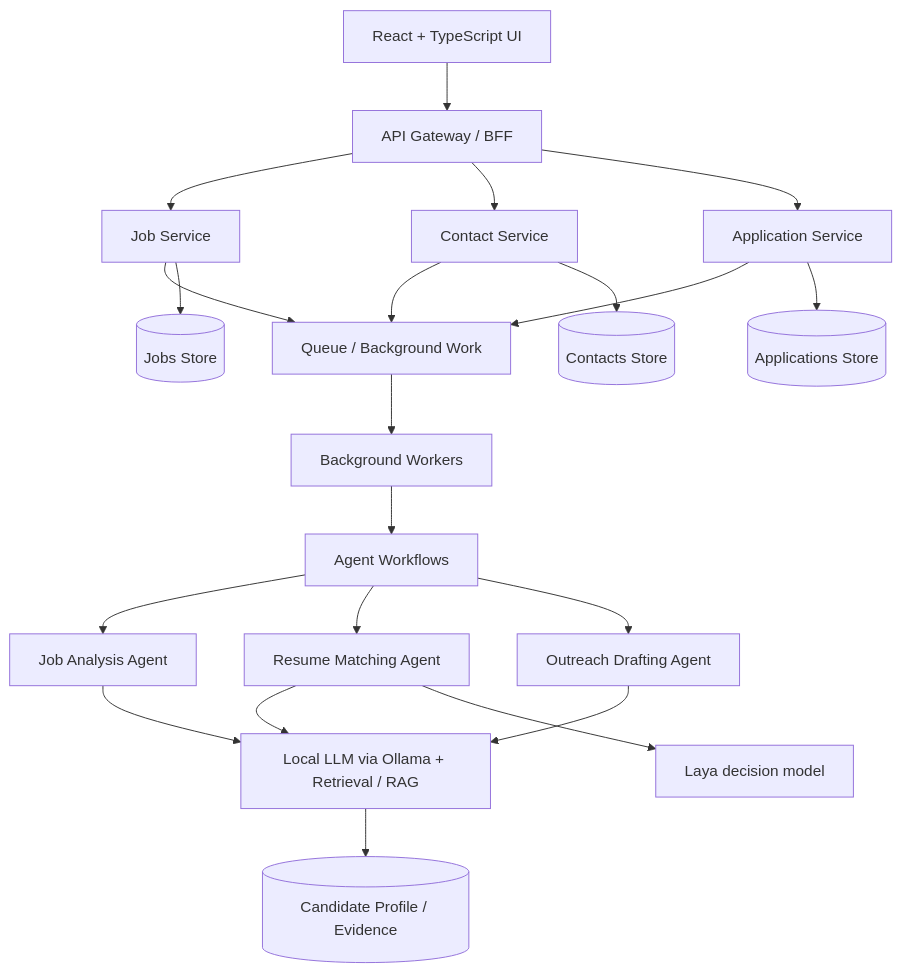
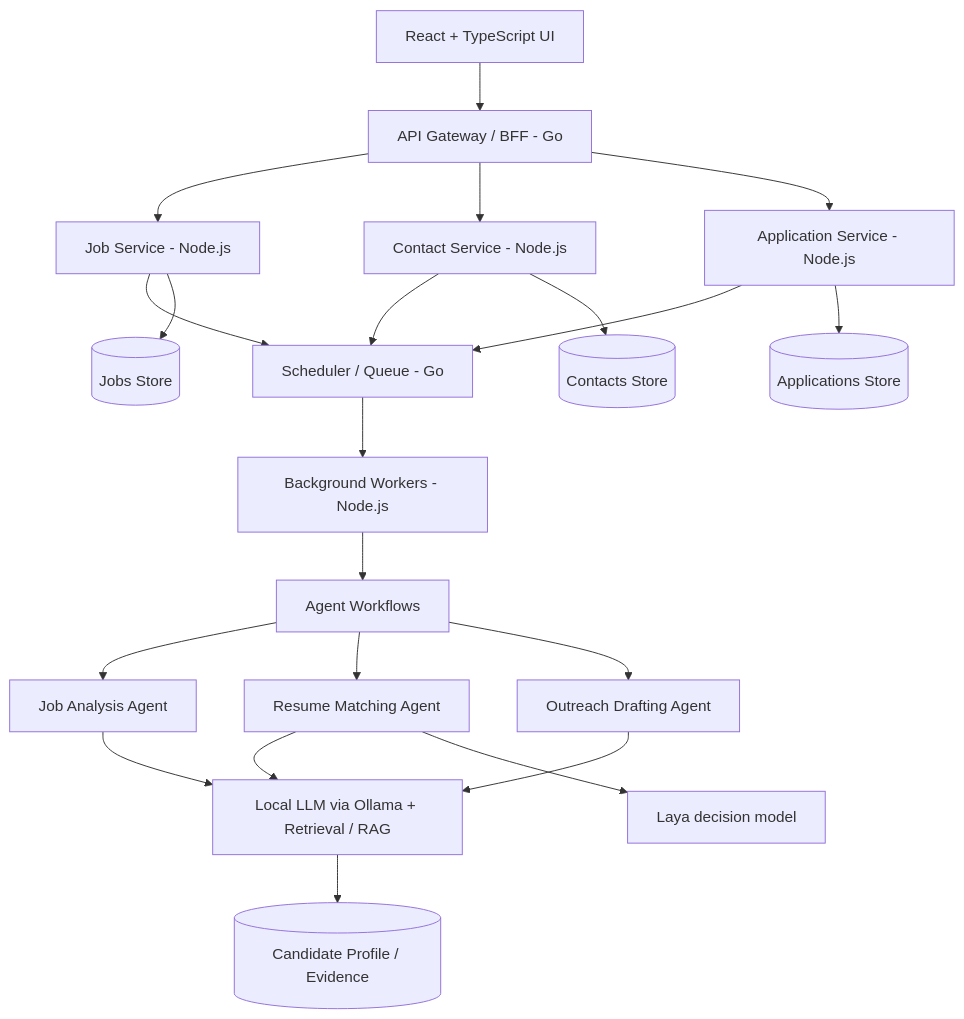
The diagram in README.md (anonymousHa04/JOBOPS), drawn with Mermaid before and after one commit. The commit also changed other lines of this file and 12 other files, not shown here.

````diff
--- a/README.md
+++ b/README.md
@@ -71,29 +71,29 @@
 ```mermaid
 flowchart TD
-    UI[React + TypeScript UI] --> BFF[API Gateway / BFF]
+    UI[React + TypeScript UI] --> BFF[API Gateway / BFF - Go]
 
-    BFF --> JOB[Job Service]
-    BFF --> CONTACT[Contact Service]
-    BFF --> APP[Application Service]
+    BFF --> JOB[Job Service - Node.js]
+    BFF --> CONTACT[Contact Service - Node.js]
+    BFF --> APP[Application Service - Node.js]
 
-    JOB --> QUEUE[Queue / Background Work]
+    JOB --> QUEUE[Scheduler / Queue - Go]
     CONTACT --> QUEUE
     APP --> QUEUE
 
-    QUEUE --> WORKERS[Background Workers]
+    QUEUE --> WORKERS[Background Workers - Node.js]
     WORKERS --> AGENTS[Agent Workflows]
 
     AGENTS --> JOBAGENT[Job Analysis Agent]
     AGENTS --> RESUMEAGENT[Resume Matching Agent]
     AGENTS --> OUTREACHAGENT[Outreach Drafting Agent]
 
     JOBAGENT --> LLM[Local LLM via Ollama + Retrieval / RAG]
     RESUMEAGENT --> LLM
     RESUMEAGENT --> DECIDE[Laya decision model]
     OUTREACHAGENT --> LLM
 
     JOB --> JOBDB[(Jobs Store)]
     CONTACT --> CONTACTDB[(Contacts Store)]
     APP --> APPDB[(Applications Store)]
     LLM --> PROFILE[(Candidate Profile / Evidence)]
 ```
````
